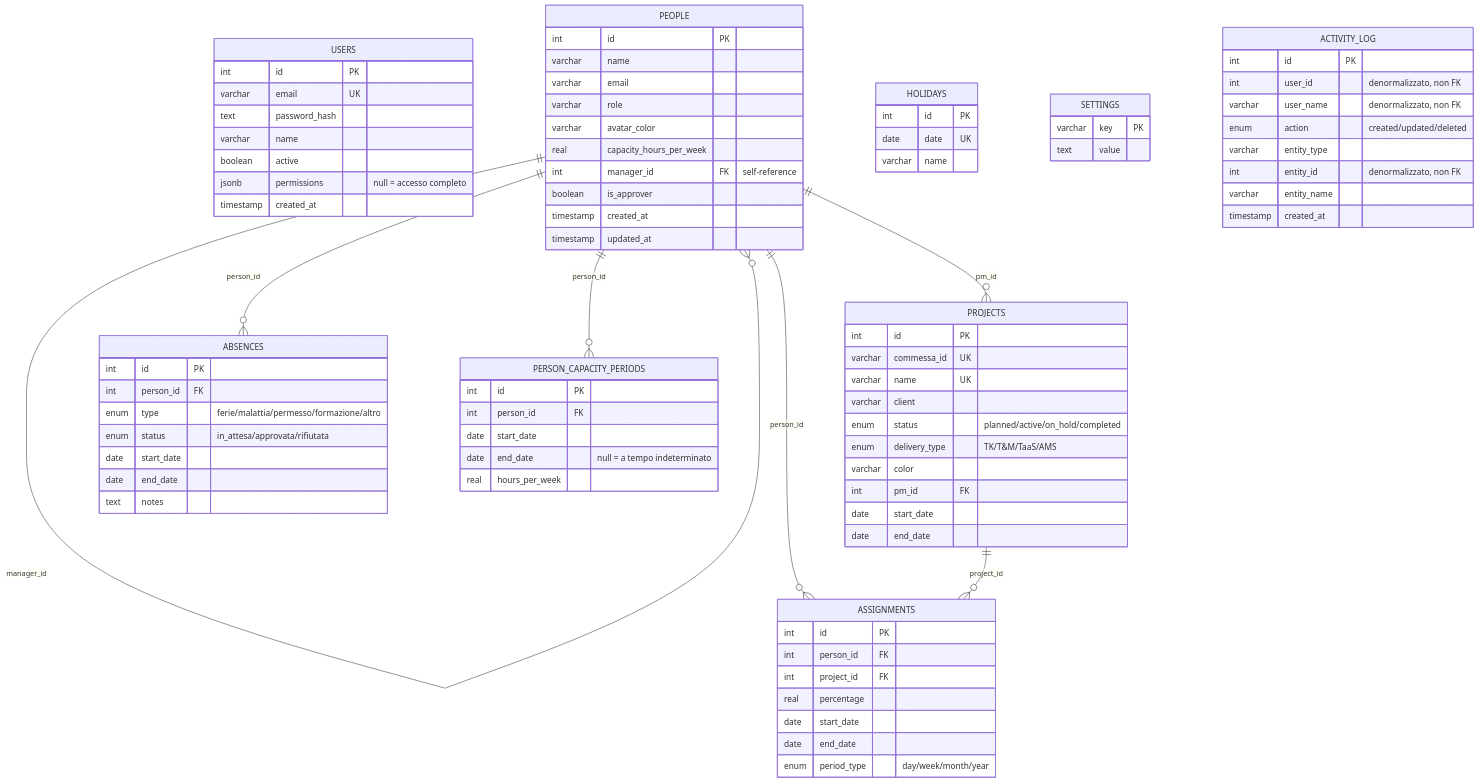
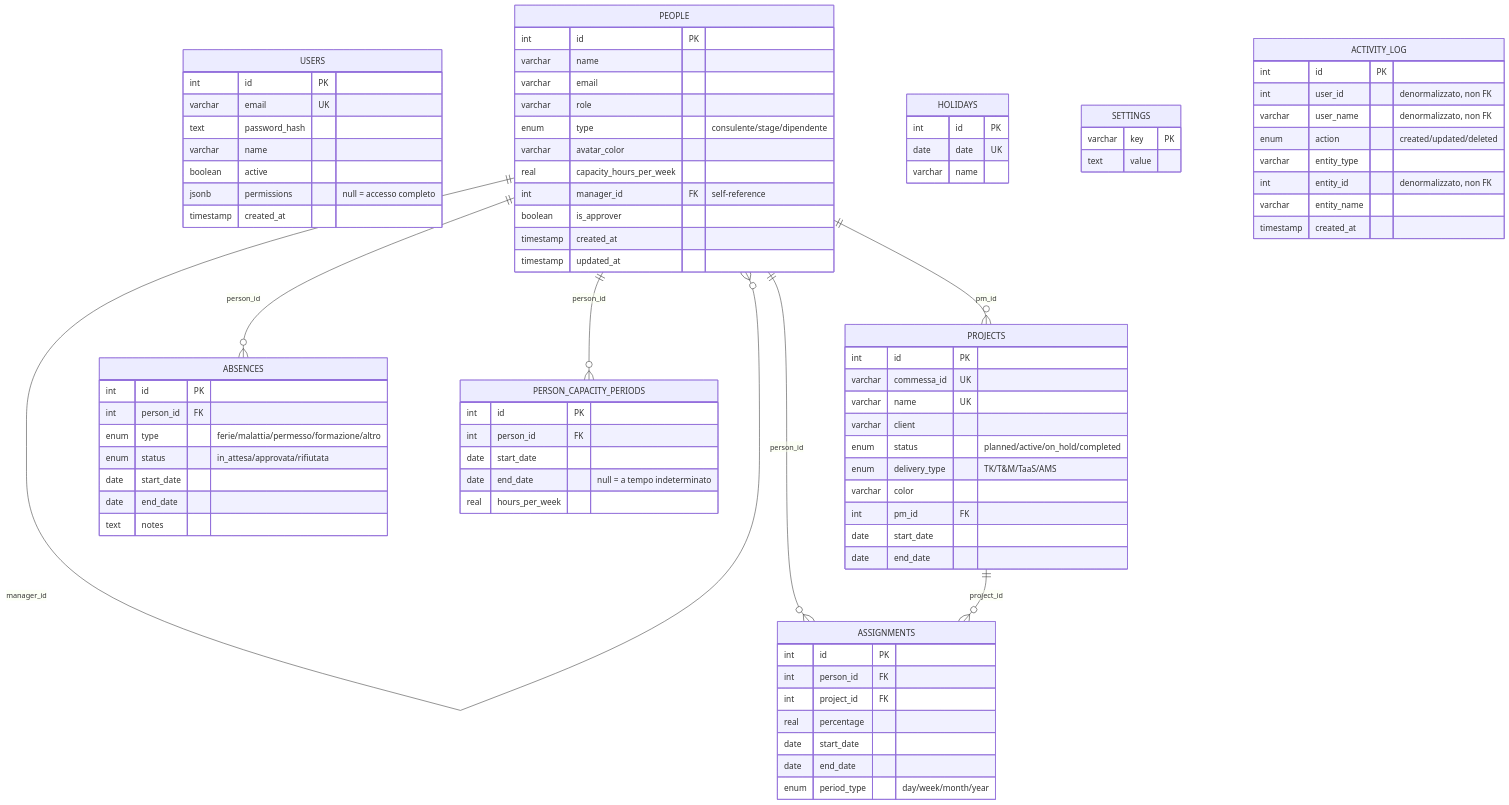
Before and after one commit to Dario883/WorkForce-Manager: the fourth of 9 diagrams in docs/02-architettura.md, drawn with Mermaid. The commit also changed other lines of this file and 3 other files, not shown here.

```diff
--- a/docs/02-architettura.md
+++ b/docs/02-architettura.md
@@ -96,6 +96,7 @@
         varchar name
         varchar email
         varchar role
+        enum type "consulente/stage/dipendente"
         varchar avatar_color
         real capacity_hours_per_week
         int manager_id FK "self-reference"
```
